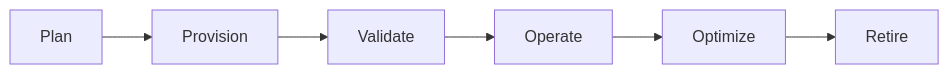
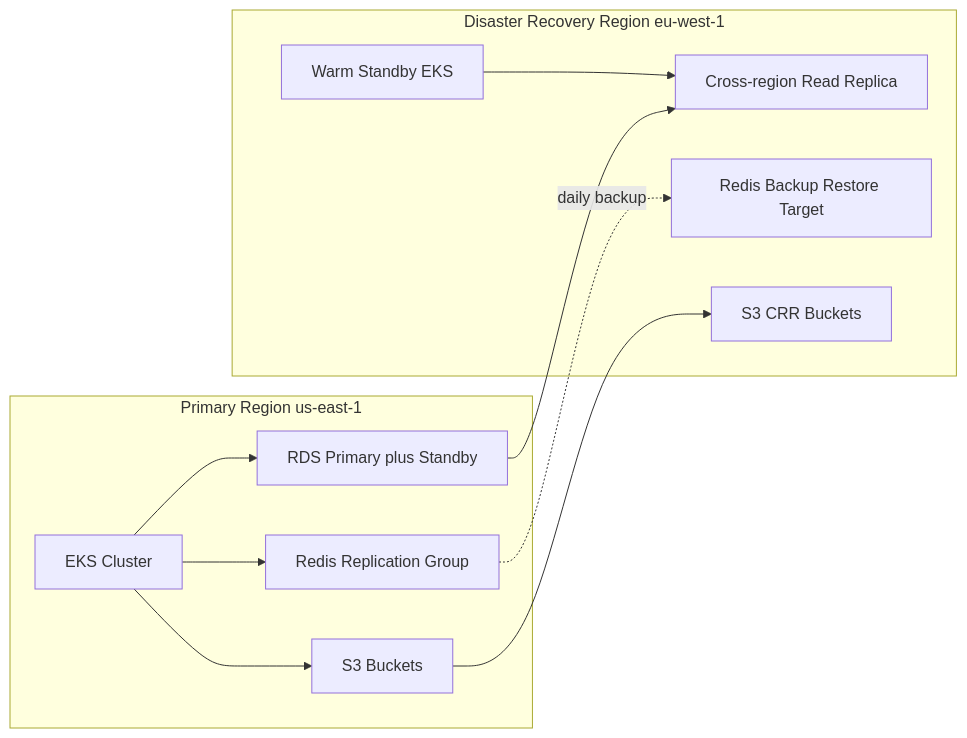
The second of 2 diagrams in Customer Relationship Management Platform/infrastructure/cloud-architecture.md (0Ankit0/Project-Ideas), drawn with Mermaid before and after one commit. The commit also changed other lines of this file and 17 other files, not shown here.

````diff
--- a/Customer Relationship Management Platform/infrastructure/cloud-architecture.md
+++ b/Customer Relationship Management Platform/infrastructure/cloud-architecture.md
@@ -37,9 +88,24 @@
 ```mermaid
 flowchart LR
-    A[Plan] --> B[Provision]
-    B[Provision] --> C[Validate]
-    C[Validate] --> D[Operate]
-    D[Operate] --> E[Optimize]
-    E[Optimize] --> F[Retire]
-    F[Retire]
+    subgraph Primary[Primary Region us-east-1]
+        EKS1[EKS Cluster]
+        RDS1[RDS Primary plus Standby]
+        Redis1[Redis Replication Group]
+        S31[S3 Buckets]
+    end
+
+    subgraph DR[Disaster Recovery Region eu-west-1]
+        EKS2[Warm Standby EKS]
+        RDS2[Cross-region Read Replica]
+        Redis2[Redis Backup Restore Target]
+        S32[S3 CRR Buckets]
+    end
+
+    EKS1 --> RDS1
+    EKS1 --> Redis1
+    EKS1 --> S31
+    RDS1 --> RDS2
+    S31 --> S32
+    Redis1 -. daily backup .-> Redis2
+    EKS2 --> RDS2
 ```
````
